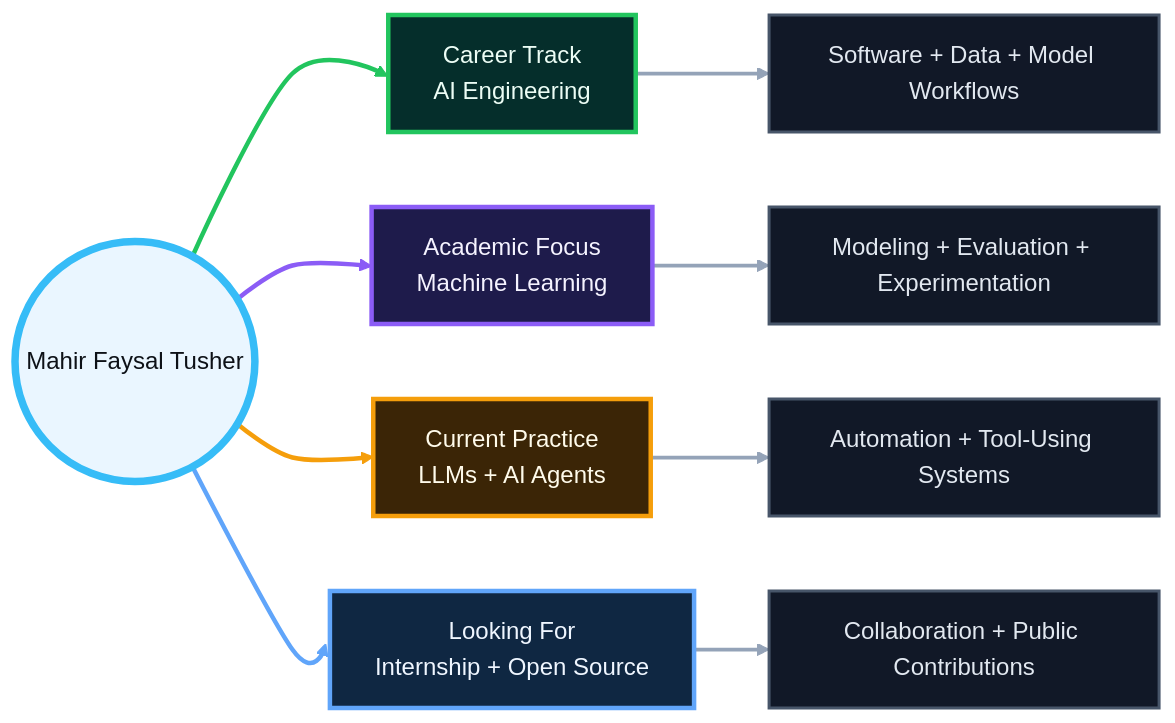
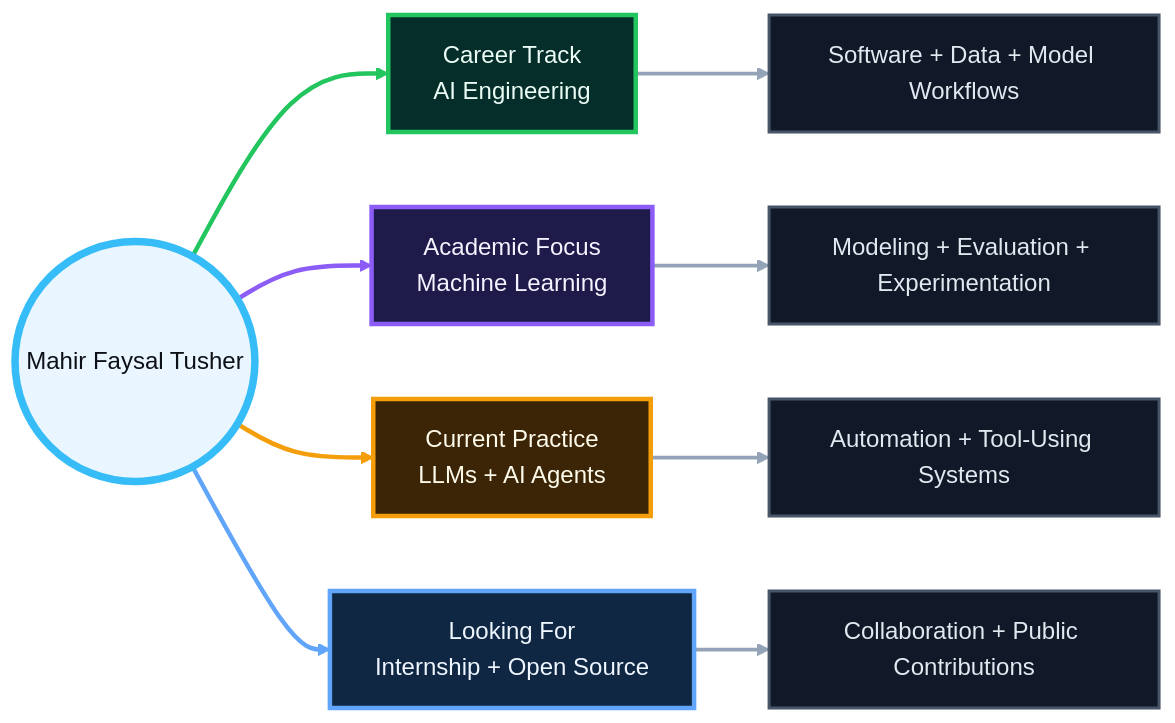
The first of 2 diagrams in README.md (M-F-Tushar/M-F-Tushar), drawn with Mermaid before and after one commit. The commit also changed other lines of this file and 2 other files, not shown here.

````diff
--- a/README.md
+++ b/README.md
@@ -40,28 +77,27 @@
 ```mermaid
-%%{init: {"theme": "base", "flowchart": {"curve": "cardinal"}, "themeVariables": {"background": "#0D1117", "primaryColor": "#102A4A", "primaryTextColor": "#EAF6FF", "primaryBorderColor": "#36BCF7", "lineColor": "#94A3B8", "tertiaryColor": "#161B22"}}}%%
 flowchart LR
     Me(("Mahir Faysal Tusher")):::center
 
     Me --> Track["Career Track<br/>AI Engineering"]:::engineering
     Me --> Focus["Academic Focus<br/>Machine Learning"]:::research
     Me --> Practice["Current Practice<br/>LLMs + AI Agents"]:::applied
     Me --> Search["Looking For<br/>Internship + Open Source"]:::community
 
     Track --> Build["Software + Data + Model Workflows"]:::detail
     Focus --> Study["Modeling + Evaluation + Experimentation"]:::detail
     Practice --> Systems["Automation + Tool-Using Systems"]:::detail
     Search --> Teams["Collaboration + Public Contributions"]:::detail
 
     classDef center fill:#EAF6FF,stroke:#36BCF7,stroke-width:5px,color:#0D1117;
     classDef engineering fill:#052E2B,stroke:#22C55E,stroke-width:3px,color:#ECFDF5;
     classDef research fill:#1E1B4B,stroke:#8B5CF6,stroke-width:3px,color:#F5F3FF;
     classDef applied fill:#3B2506,stroke:#F59E0B,stroke-width:3px,color:#FFFBEB;
     classDef community fill:#0F2742,stroke:#60A5FA,stroke-width:3px,color:#EFF6FF;
     classDef detail fill:#111827,stroke:#475569,stroke-width:2px,color:#E2E8F0;
 
     linkStyle 0 stroke:#22C55E,stroke-width:3px;
     linkStyle 1 stroke:#8B5CF6,stroke-width:3px;
     linkStyle 2 stroke:#F59E0B,stroke-width:3px;
     linkStyle 3 stroke:#60A5FA,stroke-width:3px;
     linkStyle 4,5,6,7 stroke:#94A3B8,stroke-width:2.5px;
 ```
````
